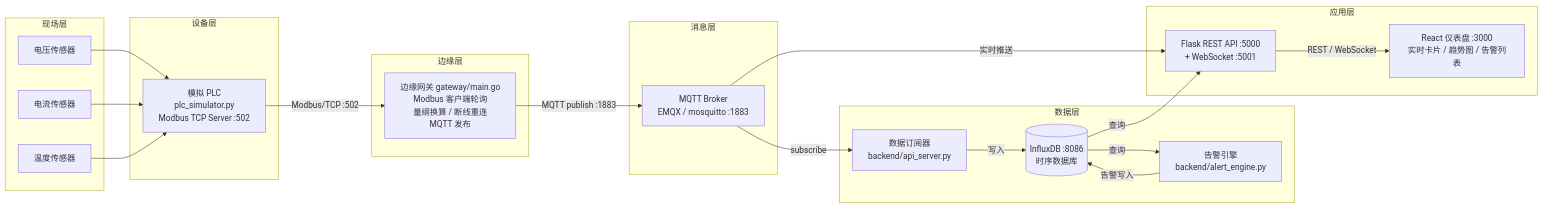
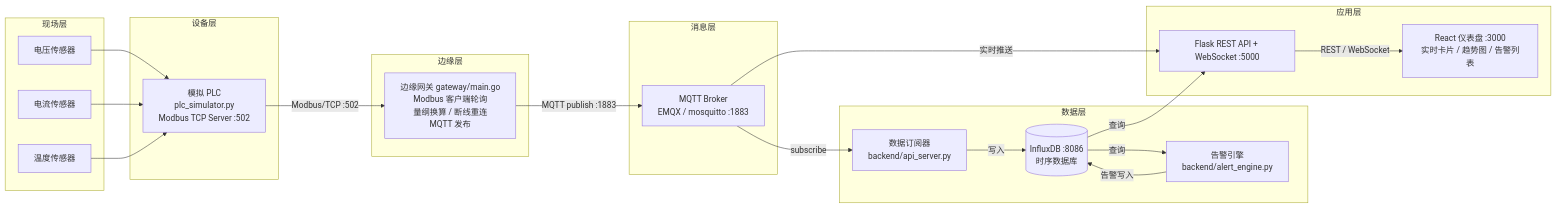
The diagram in README.md (lwj15089590118/Industrial-IoT-Edge-Gateway-System), drawn with Mermaid before and after one commit. The commit also changed 2 other files, not shown here.

Commit message:
feat: 实现InfluxDB初始化脚本和Flask后端API接口

````diff
--- a/README.md
+++ b/README.md
@@ -11,42 +11,42 @@
 ```mermaid
 flowchart LR
     subgraph 现场层
         A1[电压传感器] 
         A2[电流传感器]
         A3[温度传感器]
     end
 
     subgraph 设备层
         PLC[模拟 PLC<br/>plc_simulator.py<br/>Modbus TCP Server :502]
     end
 
     subgraph 边缘层
         GW[边缘网关 gateway/main.go<br/>Modbus 客户端轮询<br/>量纲换算 / 断线重连<br/>MQTT 发布]
     end
 
     subgraph 消息层
         MQTT[MQTT Broker<br/>EMQX / mosquitto :1883]
     end
 
     subgraph 数据层
         SUB[数据订阅器<br/>backend/api_server.py]
         IDB[(InfluxDB :8086<br/>时序数据库)]
         ALERT[告警引擎<br/>backend/alert_engine.py]
     end
 
     subgraph 应用层
-        API[Flask REST API :5000<br/>+ WebSocket :5001]
+        API[Flask REST API + WebSocket :5000]
         UI[React 仪表盘 :3000<br/>实时卡片 / 趋势图 / 告警列表]
     end
 
     A1 & A2 & A3 --> PLC
     PLC -- Modbus/TCP :502 --> GW
     GW -- MQTT publish :1883 --> MQTT
     MQTT -- subscribe --> SUB
     SUB -- 写入 --> IDB
     IDB -- 查询 --> ALERT
     ALERT -- 告警写入 --> IDB
     IDB -- 查询 --> API
     MQTT -- 实时推送 --> API
     API -- REST / WebSocket --> UI
 ```
````
